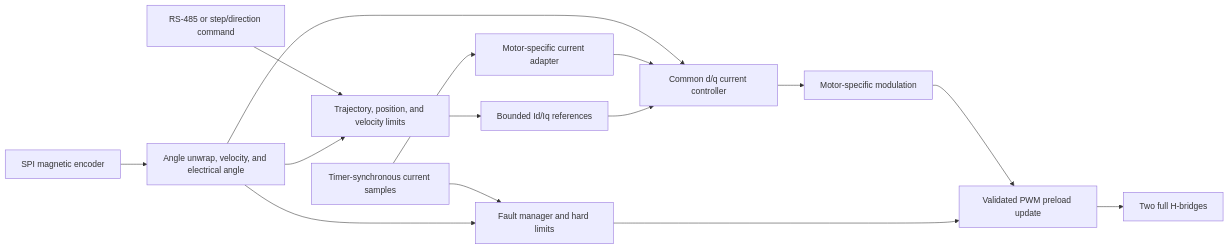
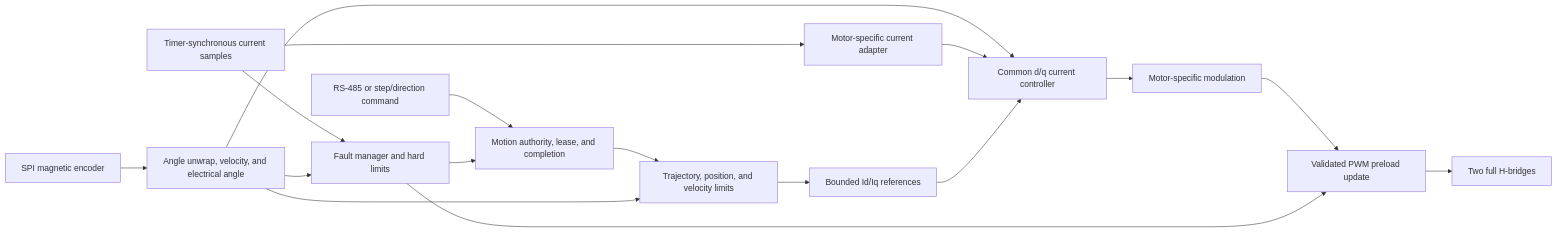
One commit to earlynerd/SERVO57D-firmware changed the diagram in docs/ARCHITECTURE.md. Above: the diagram before and after it, drawn with Mermaid. The commit also changed other lines of this file and 18 other files, not shown here.

````diff
--- a/docs/ARCHITECTURE.md
+++ b/docs/ARCHITECTURE.md
@@ -91,17 +97,19 @@
 ```mermaid
 flowchart LR
-    CMD["RS-485 or step/direction command"] --> MOTION["Trajectory, position, and velocity limits"]
+    CMD["RS-485 or step/direction command"] --> AUTH["Motion authority, lease, and completion"]
+    AUTH --> MOTION["Trajectory, position, and velocity limits"]
     ENC["SPI magnetic encoder"] --> EST["Angle unwrap, velocity, and electrical angle"]
     EST --> MOTION
     EST --> CURRENT
     MOTION --> IQ["Bounded Id/Iq references"]
     ADC["Timer-synchronous current samples"] --> ADAPT["Motor-specific current adapter"]
     ADAPT --> CURRENT["Common d/q current controller"]
     IQ --> CURRENT
     CURRENT --> MOD["Motor-specific modulation"]
     MOD --> PWM["Validated PWM preload update"]
     PWM --> BRIDGE["Two full H-bridges"]
     SAFE["Fault manager and hard limits"] --> PWM
+    SAFE --> AUTH
     ADC --> SAFE
     EST --> SAFE
 ```
````
